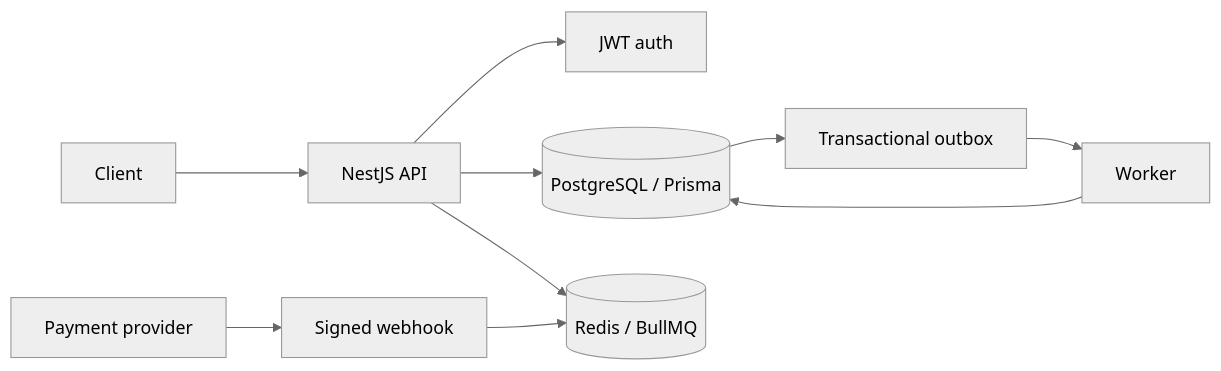
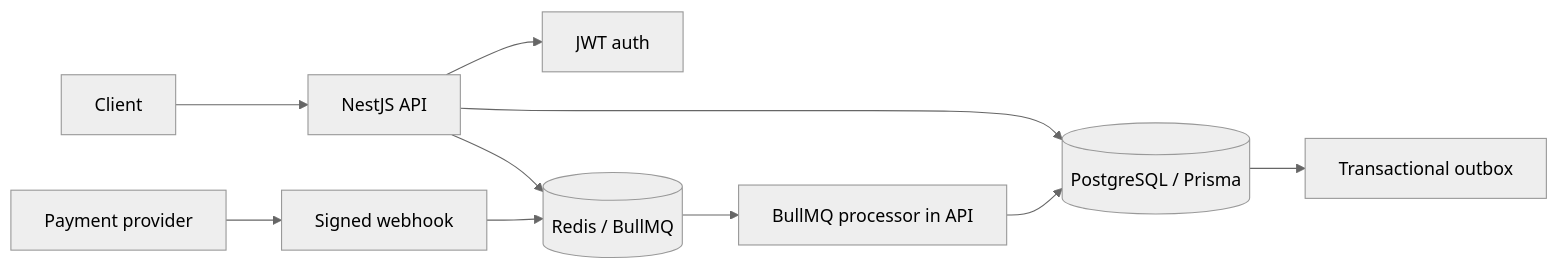
One commit to JEHH97/checkout-service changed the first of 2 diagrams in README.md. Above: the diagram before and after it, drawn with Mermaid (neutral theme). The commit also changed other lines of this file and 19 other files, not shown here.

````diff
--- a/README.md
+++ b/README.md
@@ -13,12 +13,12 @@
 ```mermaid
 flowchart LR
   Client["Client"] --> API["NestJS API"]
   API --> Auth["JWT auth"]
   API --> PG[("PostgreSQL / Prisma")]
   API --> Redis[("Redis / BullMQ")]
   PG --> Outbox["Transactional outbox"]
-  Outbox --> Worker["Worker"]
   Stripe["Payment provider"] --> Hook["Signed webhook"]
   Hook --> Redis
-  Worker --> PG
+  Redis --> Processor["BullMQ processor in API"]
+  Processor --> PG
 ```
````
